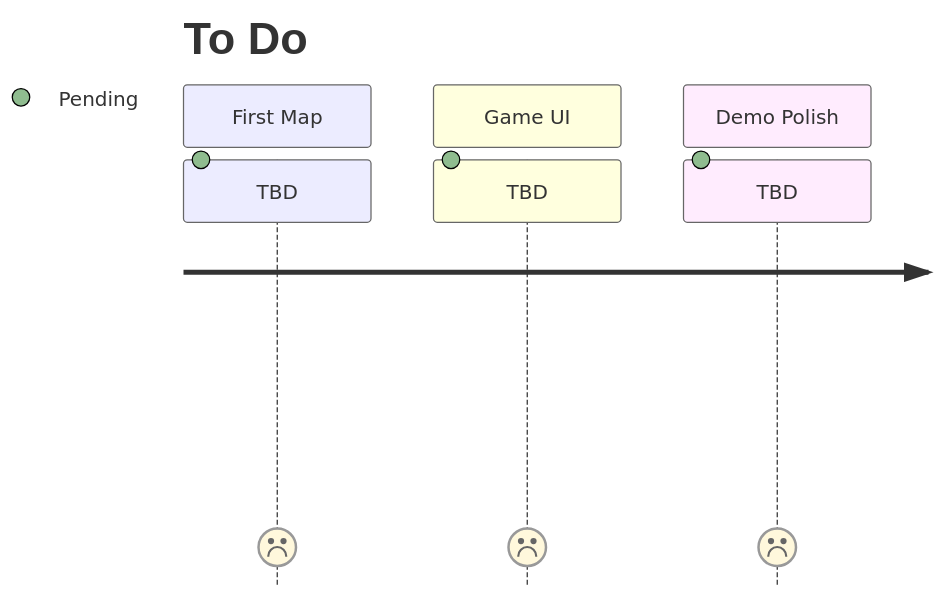
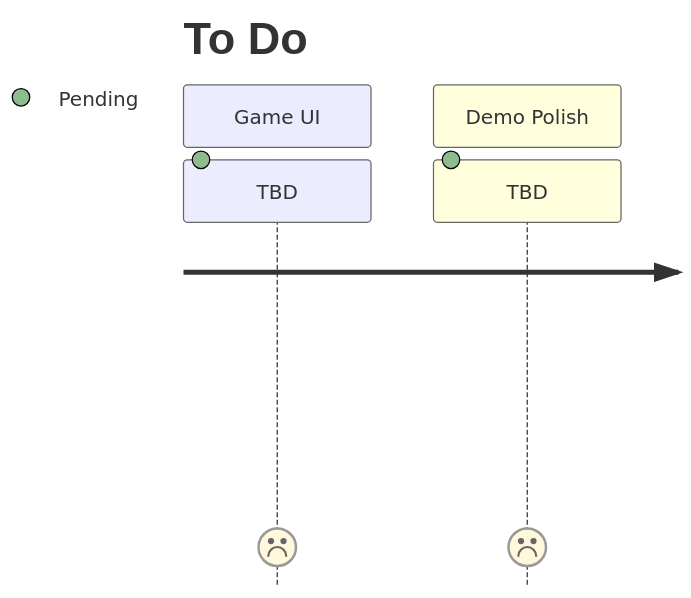
One commit to salmonsimon/EvilSuitcase4 changed the second of 12 diagrams in README.md. Above: the diagram before and after it, drawn with Mermaid. The commit also changed other lines of this file, not shown here.

````diff
--- a/README.md
+++ b/README.md
@@ -74,12 +80,9 @@
 ```mermaid 
   journey
     title To Do
-    section First Map
-        TBD: 1: Pending
-        
     section Game UI
         TBD: 1: Pending
         
     section Demo Polish
         TBD: 1: Pending
 ```
````
